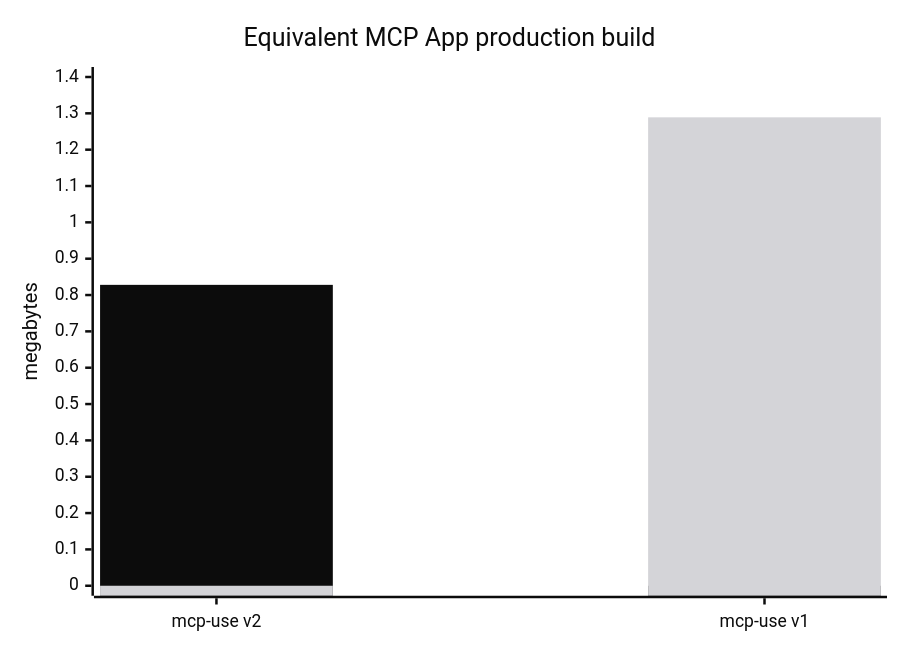
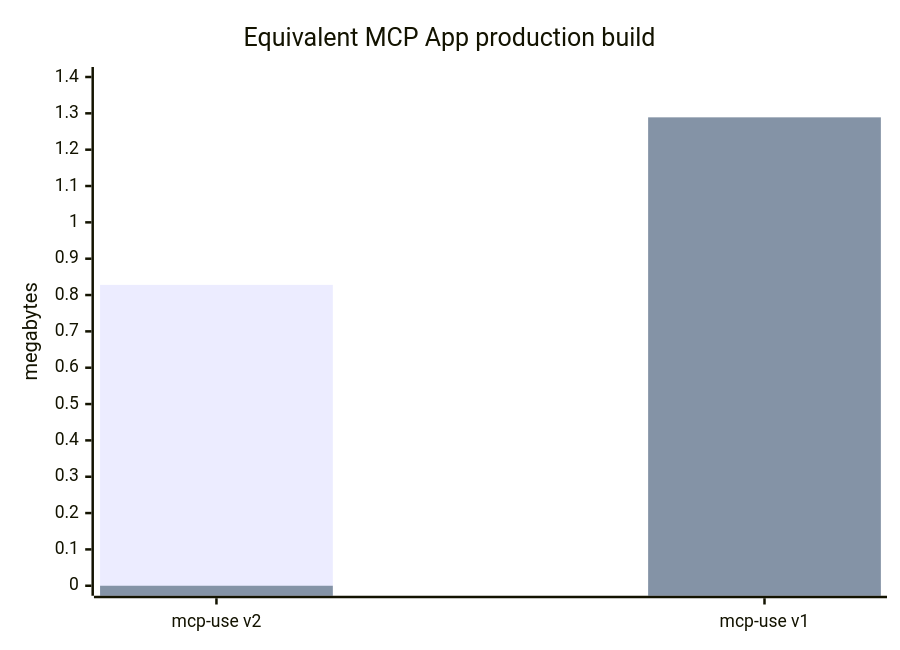
One commit to mcp-use/mcp-use changed the fourth of 4 diagrams in benchmark.md. Above: the diagram before and after it, drawn with Mermaid. The commit also changed other lines of this file and 1 other file, not shown here.

````diff
--- a/benchmark.md
+++ b/benchmark.md
@@ -170,24 +189,8 @@
 ```mermaid
----
-config:
-  themeVariables:
-    xyChart:
-      backgroundColor: "#ffffff"
-      titleColor: "#0c0c0c"
-      xAxisLabelColor: "#0c0c0c"
-      xAxisTitleColor: "#0c0c0c"
-      xAxisTickColor: "#0c0c0c"
-      xAxisLineColor: "#0c0c0c"
-      yAxisLabelColor: "#0c0c0c"
-      yAxisTitleColor: "#0c0c0c"
-      yAxisTickColor: "#0c0c0c"
-      yAxisLineColor: "#0c0c0c"
-      plotColorPalette: "#0c0c0c, #d4d4d8"
----
 xychart
   title "Equivalent MCP App production build"
   x-axis ["mcp-use v2", "mcp-use v1"]
   y-axis "megabytes" 0 --> 1.4
   bar [0.828, 0]
   bar [0, 1.289]
 ```
````
